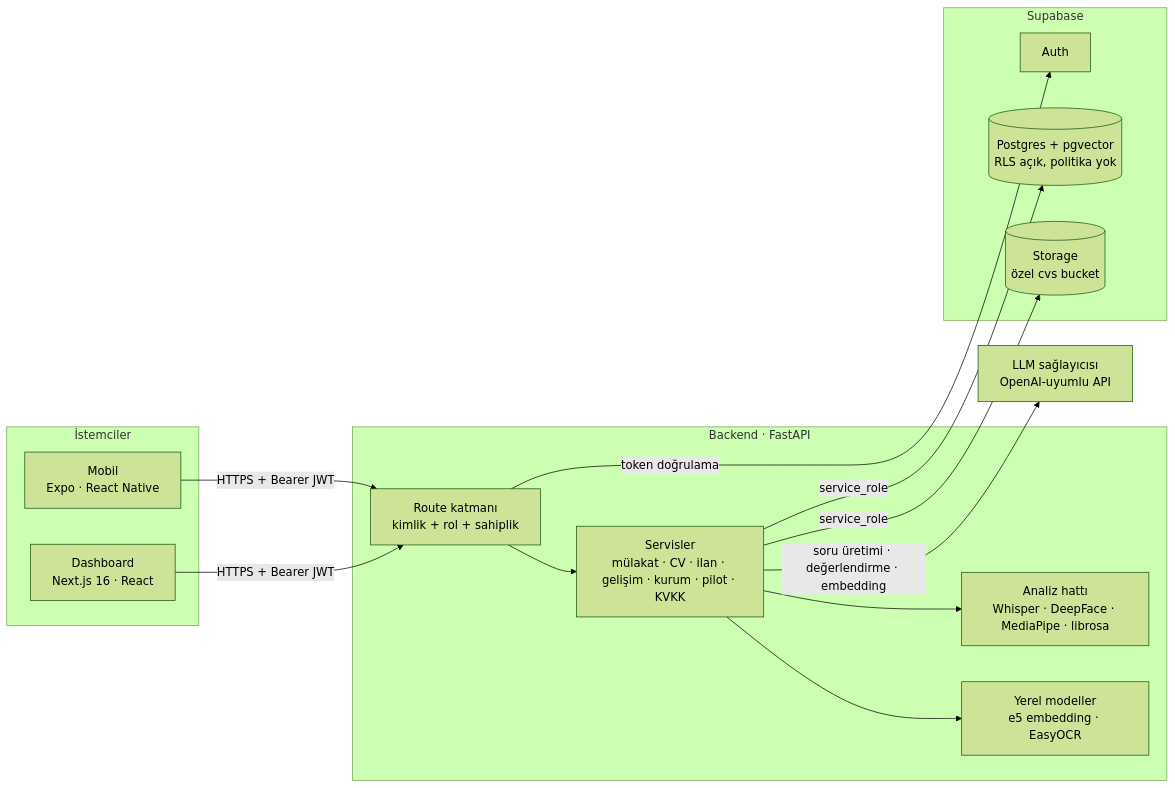
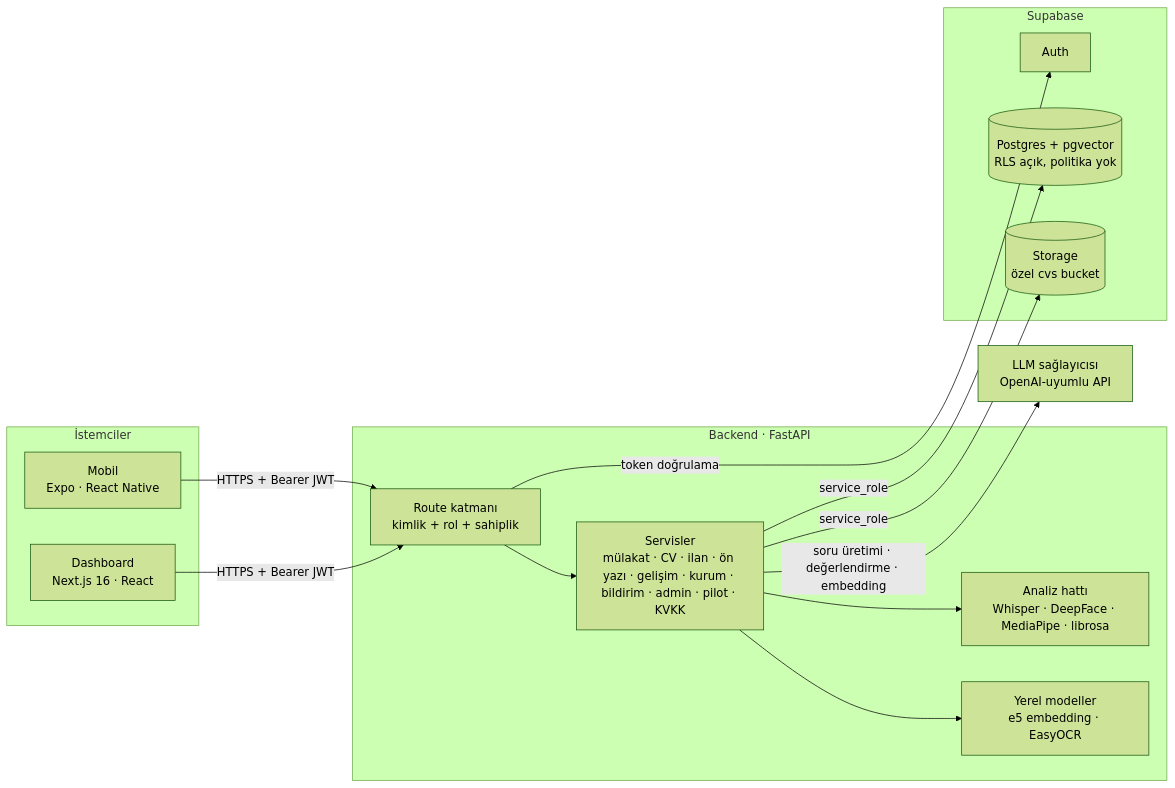
One commit to candeliat/DeepInsight-Yapay-Zeka-Tabanl-Multimodal-M-lakat-Analiz-Platformu changed the first of 3 diagrams in docs/ARCHITECTURE.md. Above: the diagram before and after it, drawn with Mermaid (forest theme). The commit also changed other lines of this file and 3 other files, not shown here.

````diff
--- a/docs/ARCHITECTURE.md
+++ b/docs/ARCHITECTURE.md
@@ -6,29 +6,29 @@
 ```mermaid
 flowchart LR
     subgraph İstemciler
         W[Dashboard<br/>Next.js 16 · React]
         M[Mobil<br/>Expo · React Native]
     end
     subgraph Backend[Backend · FastAPI]
         R[Route katmanı<br/>kimlik + rol + sahiplik]
-        S[Servisler<br/>mülakat · CV · ilan · gelişim · kurum · pilot · KVKK]
+        S[Servisler<br/>mülakat · CV · ilan · ön yazı · gelişim · kurum · bildirim · admin · pilot · KVKK]
         A[Analiz hattı<br/>Whisper · DeepFace · MediaPipe · librosa]
         E[Yerel modeller<br/>e5 embedding · EasyOCR]
     end
     subgraph Supabase
         AU[Auth]
         DB[(Postgres + pgvector<br/>RLS açık, politika yok)]
         ST[(Storage<br/>özel cvs bucket)]
     end
     L[LLM sağlayıcısı<br/>OpenAI-uyumlu API]
 
     W -- HTTPS + Bearer JWT --> R
     M -- HTTPS + Bearer JWT --> R
     R --> S
     S --> A
     S --> E
     R -- token doğrulama --> AU
     S -- service_role --> DB
     S -- service_role --> ST
     S -- soru üretimi · değerlendirme · embedding --> L
 ```
````
